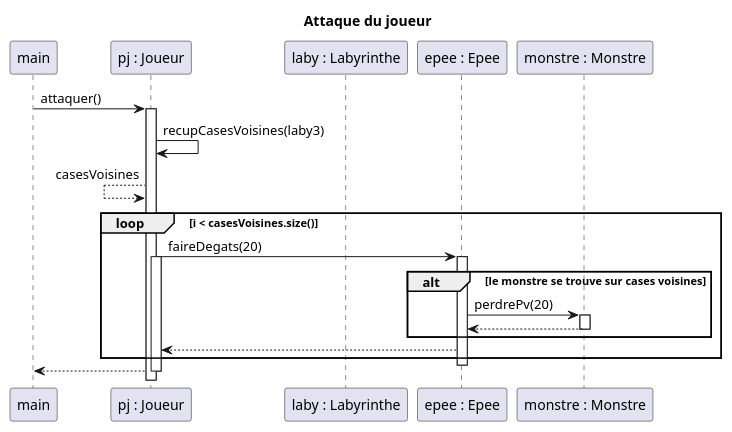
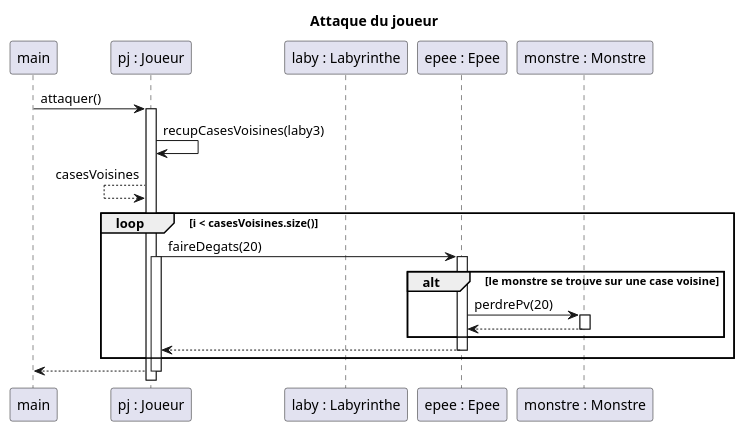
The diagram in documents/version_4/DiagSequenceAttaqueJoueur.puml (TanguyFox/2022_Zeldiablo_renard136u_seiler33u_serrier26u_arcelin1u), drawn with PlantUML before and after one commit.

Commit message:
diag sequence

```diff
--- a/documents/version_4/DiagSequenceAttaqueJoueur.puml
+++ b/documents/version_4/DiagSequenceAttaqueJoueur.puml
@@ -1,38 +1,39 @@
 @startuml
 'https://plantuml.com/sequence-diagram
 
 title Attaque du joueur
 
 participant "main" as MAIN
 participant "pj : Joueur" as J
 participant "laby : Labyrinthe" as L
 participant "epee : Epee" as E
 participant "monstre : Monstre" as M
 
 MAIN -> J : attaquer()
 activate J
 J -> J : recupCasesVoisines(laby3)
 J <-- J : casesVoisines
 
 
 loop i < casesVoisines.size()
 J -> E : faireDegats(20)
 activate J
 activate E
-        alt le monstre se trouve sur cases voisines
+        alt le monstre se trouve sur une case voisine
          E -> M : perdrePv(20)
          activate M
          M --> E
          deactivate M
         end alt
 E --> J
+deactivate E
 end loop
 
-deactivate E
+
 
 
 J --> MAIN
 deactivate J
 
 
 @enduml
```
